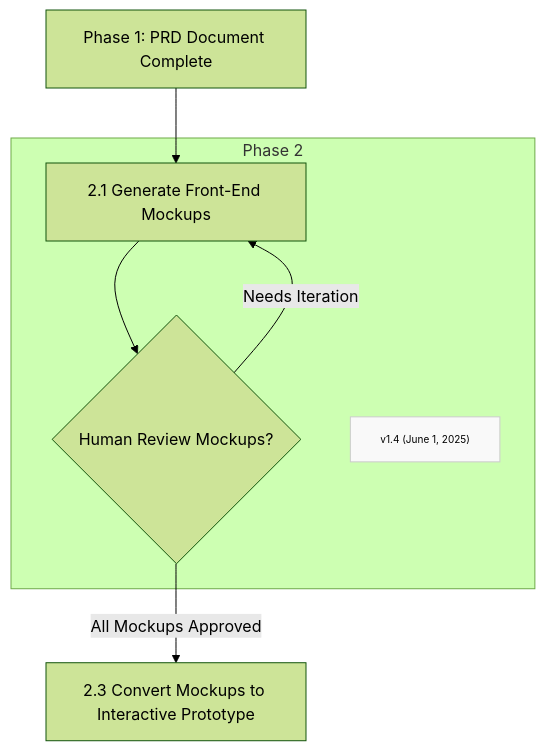
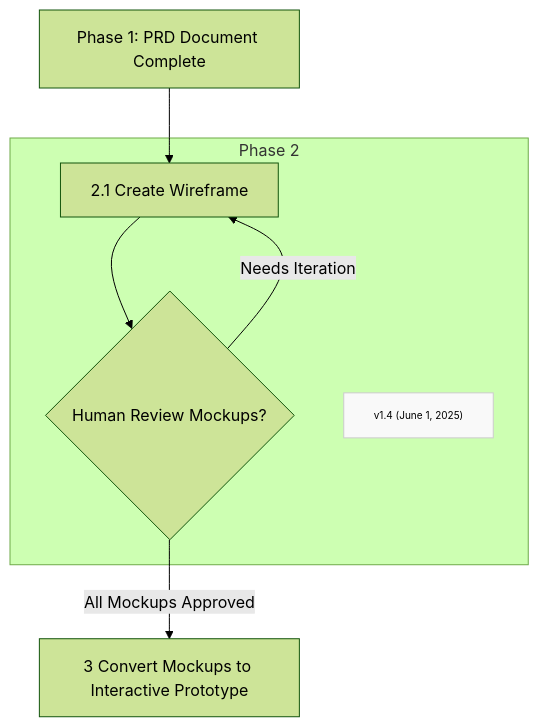
Before and after one commit to Mharbulous/Front-First-Method: the diagram in Method/FF-phase2.md, drawn with Mermaid (forest theme). The commit also changed other lines of this file and 5 other files, not shown here.

````diff
--- a/Method/FF-phase2.md
+++ b/Method/FF-phase2.md
@@ -3,15 +3,15 @@
 ```mermaid
 graph TD
     
-    B1["Phase 1: PRD Document Complete"] --> B2["2.1 Generate Front-End Mockups"]    
+    B1["Phase 1: PRD Document Complete"] --> B2["2.1 Create Wireframe"]    
     subgraph Phase2["Phase 2"]
         B2 --> B2_Val{"Human Review Mockups?"}
         B2_Val -->|Needs Iteration| B2
         Version["v1.4 (June 1, 2025)"]
         classDef version fill:#f9f9f9,stroke:#ccc,font-size:10px
         class Version version
     end
-B2_Val -->|All Mockups Approved| B3["2.3 Convert Mockups to Interactive Prototype"]
+B2_Val -->|All Mockups Approved| B3["3 Convert Mockups to Interactive Prototype"]
 
 
 ```
````
